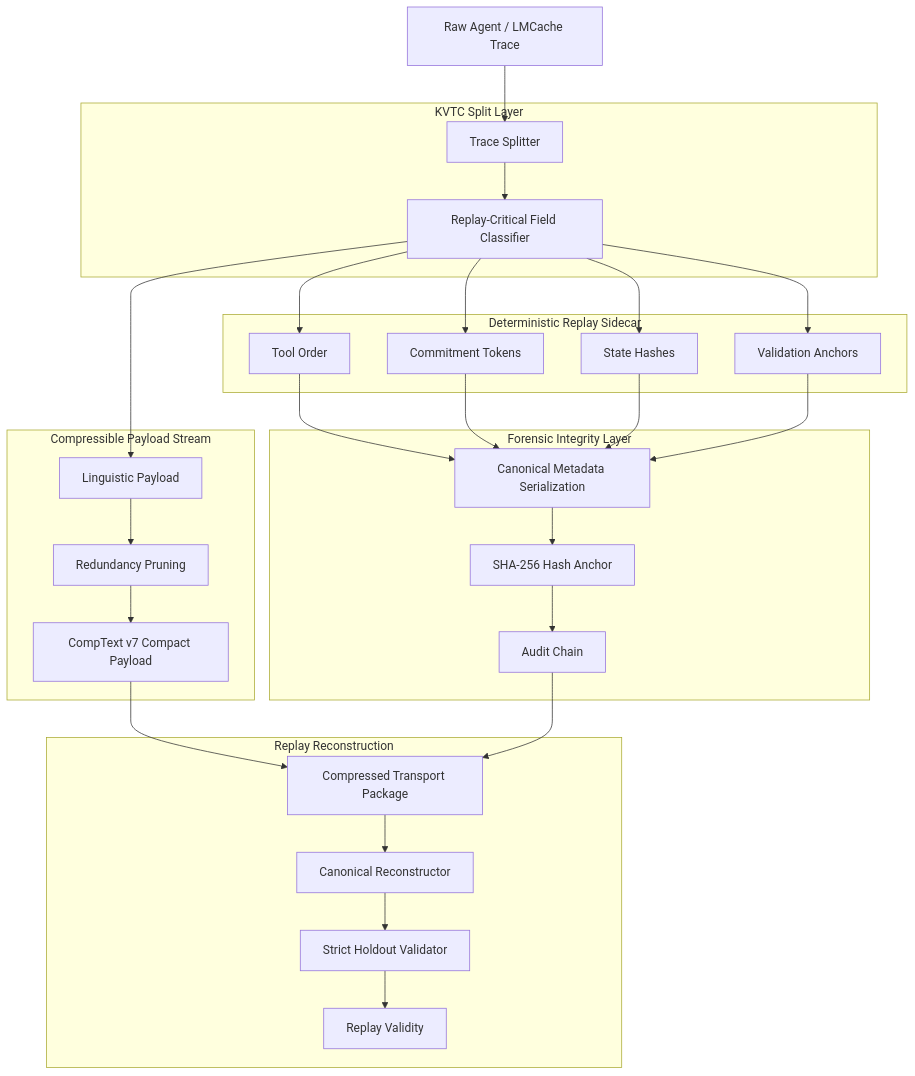
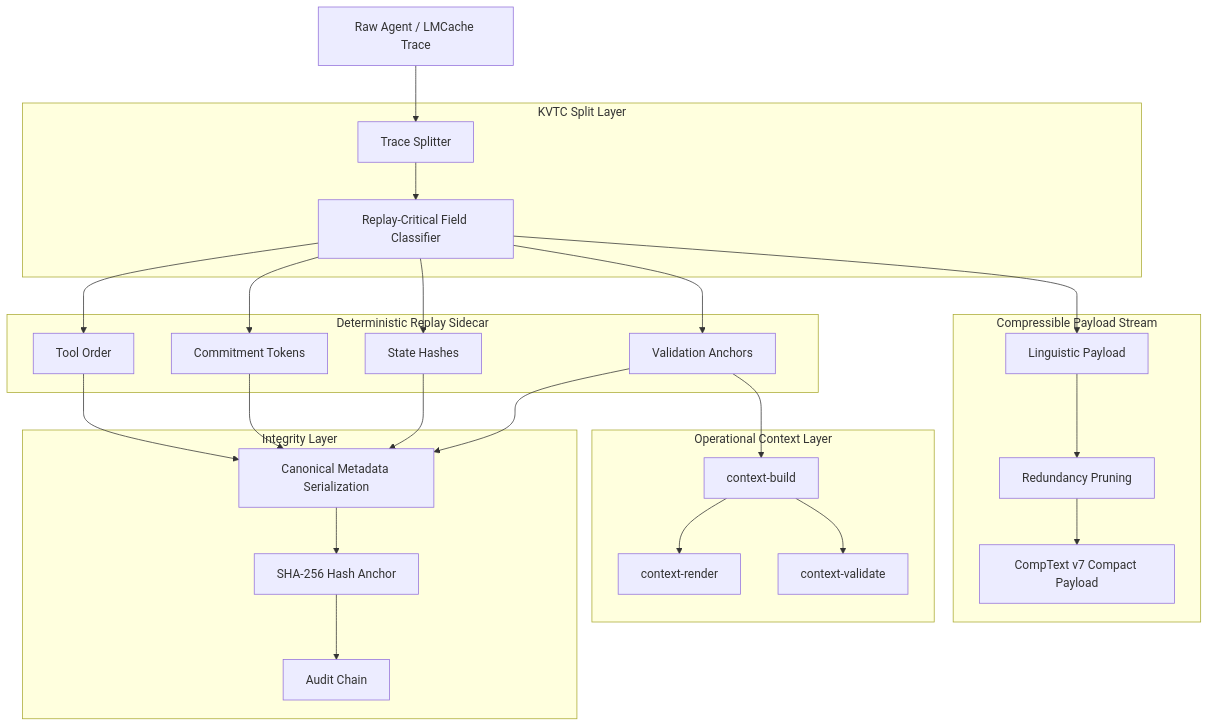
The first of 2 diagrams in README.md (ProfRandom92/Antigravity-Comptextv7), drawn with Mermaid before and after one commit. The commit also changed other lines of this file, not shown here.

Commit message:
docs(readme): document SPARK operational context layer

````diff
--- a/README.md
+++ b/README.md
@@ -87,62 +142,53 @@
 ```mermaid
 flowchart TD
     raw["Raw Agent / LMCache Trace"]
 
     subgraph split["KVTC Split Layer"]
         splitter["Trace Splitter"]
         classifier["Replay-Critical Field Classifier"]
     end
 
     subgraph payload["Compressible Payload Stream"]
         text["Linguistic Payload"]
         prune["Redundancy Pruning"]
         compact["CompText v7 Compact Payload"]
     end
 
     subgraph sidecar["Deterministic Replay Sidecar"]
         order["Tool Order"]
         commits["Commitment Tokens"]
         state["State Hashes"]
         anchors["Validation Anchors"]
     end
 
-    subgraph integrity["Forensic Integrity Layer"]
+    subgraph context["Operational Context Layer"]
+        ctxbuild["context-build"]
+        ctxrender["context-render"]
+        ctxvalidate["context-validate"]
+    end
+
+    subgraph integrity["Integrity Layer"]
         canon["Canonical Metadata Serialization"]
         hash["SHA-256 Hash Anchor"]
         chain["Audit Chain"]
     end
 
-    subgraph replay["Replay Reconstruction"]
-        package["Compressed Transport Package"]
-        reconstruct["Canonical Reconstructor"]
-        validator["Strict Holdout Validator"]
-        result["Replay Validity"]
-    end
-
     raw --> splitter
     splitter --> classifier
-
     classifier --> text
     text --> prune
     prune --> compact
-
     classifier --> order
     classifier --> commits
     classifier --> state
     classifier --> anchors
-
+    anchors --> ctxbuild
+    ctxbuild --> ctxrender
+    ctxbuild --> ctxvalidate
     order --> canon
     commits --> canon
     state --> canon
     anchors --> canon
-
     canon --> hash
     hash --> chain
-
-    compact --> package
-    chain --> package
-
-    package --> reconstruct
-    reconstruct --> validator
-    validator --> result
 ```
````
